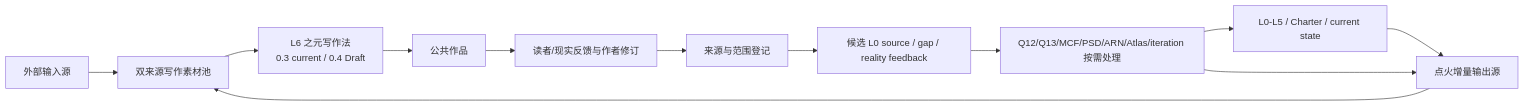
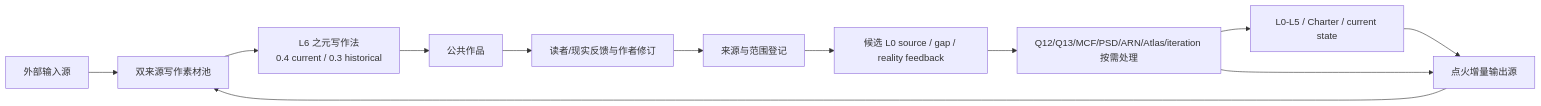
One commit to Arvin-liu/when-systems-catch-fire changed the third of 9 diagrams in ARCHITECTURE.md. Above: the diagram before and after it, drawn with Mermaid. The commit also changed other lines of this file and 18 other files, not shown here.

````diff
--- a/ARCHITECTURE.md
+++ b/ARCHITECTURE.md
@@ -40,14 +40,14 @@
 ```mermaid
 flowchart LR
   EXT[外部输入源] --> POOL[双来源写作素材池]
   INC[点火增量输出源] --> POOL
   SRC[L0-L5 / Charter / current state] --> INC
-  POOL --> ZW[L6 之元写作法<br/>0.3 current / 0.4 Draft]
+  POOL --> ZW[L6 之元写作法<br/>0.4 current / 0.3 historical]
   ZW --> WORK[公共作品]
   WORK --> RESP[读者/现实反馈与作者修订]
   RESP --> PROV[来源与范围登记]
   PROV --> CAND[候选 L0 source / gap / reality feedback]
   CAND --> OPS[Q12/Q13/MCF/PSD/ARN/Atlas/iteration 按需处理]
   OPS --> SRC
   OPS --> INC
 ```
````
